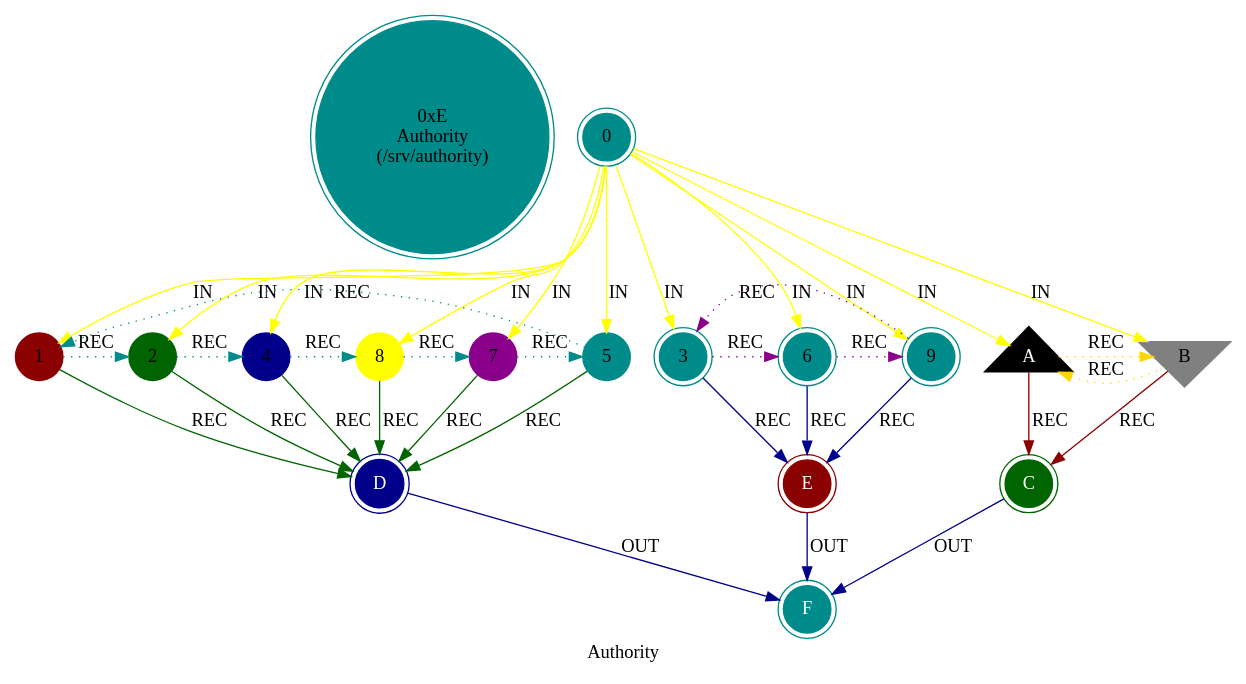
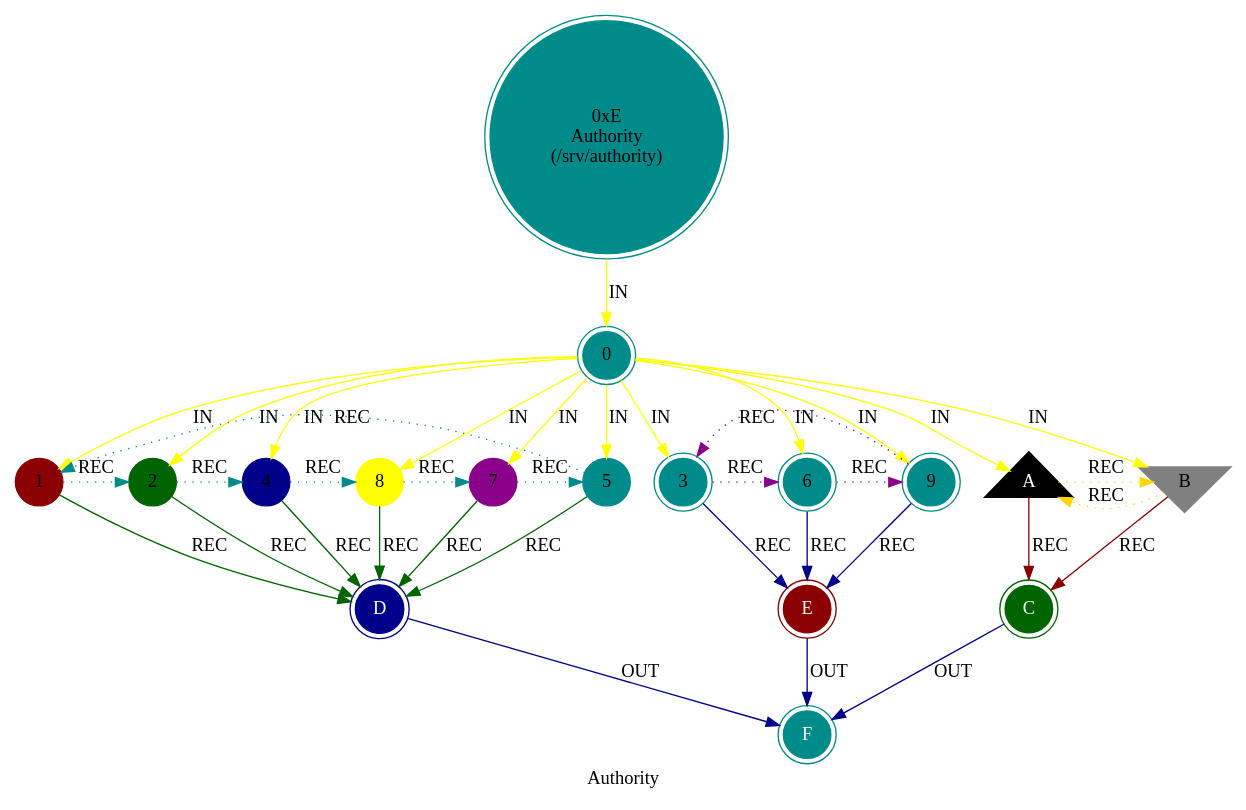
Before and after one commit to cilang/mythos: the diagram in src/core/mythos_srv_authority.dot, drawn with Graphviz. The commit also changed 5 other files, not shown here.

```diff
--- a/src/core/mythos_srv_authority.dot
+++ b/src/core/mythos_srv_authority.dot
@@ -1,44 +1,44 @@
 digraph G {
     label = "Authority";
     style = filled;
     color = red;
     comment = "";
     node [shape = circle; style = filled; color = darkcyan;];
     
     spark_e_mythos_t [label = "0xE\nAuthority\n(/srv/authority)";shape = doublecircle;];
     
     // The Sacred 3-6-9 (Boundary of Perception).
     // "If you knew the magnificence of 3, 6, and 9, you would have a key to the universe." — Tesla.
     // The 1-2-4-8-7-5 Vortex (Boundary of Comprehension).
-    spark_0_t [label = "0";shape = doublecircle;comment = "";];
-    spark_1_t [label = "1";shape = circle;color = darkred;comment = "";];
-    spark_2_t [label = "2";shape = circle;color = darkgreen;comment = "";];
-    spark_4_t [label = "4";shape = circle;color = darkblue;comment = "";];
-    spark_8_t [label = "8";shape = circle;color = yellow;comment = "";];
-    spark_7_t [label = "7";shape = circle;color = darkmagenta;comment = "";];
-    spark_5_t [label = "5";shape = circle;color = darkcyan;comment = "";];
-    spark_3_t [label = "3";shape = doublecircle;comment = "";];
-    spark_6_t [label = "6";shape = doublecircle;comment = "";];
-    spark_9_t [label = "9";shape = doublecircle;comment = "";];
-    spark_a_t [label = "A";shape = triangle;color = black;fontcolor = white;comment = "";];
-    spark_b_t [label = "B";shape = invtriangle;color = grey;comment = "";];
-    spark_c_t [label = "C";shape = doublecircle;color = darkgreen;style = filled;fontcolor = white;];
-    spark_d_t [label = "D";shape = doublecircle;color = darkblue;style = filled;fontcolor = white;];
-    spark_e_t [label = "E";shape = doublecircle;color = darkred;style = filled;fontcolor = white;];
-    spark_f_t [label = "F";shape = doublecircle;color = darkcyan;style = filled;fontcolor = white;];
+    spark_0_authority_t [label = "0";shape = doublecircle;comment = "";];
+    spark_1_authority_t [label = "1";shape = circle;color = darkred;comment = "";];
+    spark_2_authority_t [label = "2";shape = circle;color = darkgreen;comment = "";];
+    spark_4_authority_t [label = "4";shape = circle;color = darkblue;comment = "";];
+    spark_8_authority_t [label = "8";shape = circle;color = yellow;comment = "";];
+    spark_7_authority_t [label = "7";shape = circle;color = darkmagenta;comment = "";];
+    spark_5_authority_t [label = "5";shape = circle;color = darkcyan;comment = "";];
+    spark_3_authority_t [label = "3";shape = doublecircle;comment = "";];
+    spark_6_authority_t [label = "6";shape = doublecircle;comment = "";];
+    spark_9_authority_t [label = "9";shape = doublecircle;comment = "";];
+    spark_a_authority_t [label = "A";shape = triangle;color = black;fontcolor = white;comment = "";];
+    spark_b_authority_t [label = "B";shape = invtriangle;color = grey;comment = "";];
+    spark_c_authority_t [label = "C";shape = doublecircle;color = darkgreen;style = filled;fontcolor = white;];
+    spark_d_authority_t [label = "D";shape = doublecircle;color = darkblue;style = filled;fontcolor = white;];
+    spark_e_authority_t [label = "E";shape = doublecircle;color = darkred;style = filled;fontcolor = white;];
+    spark_f_authority_t [label = "F";shape = doublecircle;color = darkcyan;style = filled;fontcolor = white;];
     
     // IN = Input
     // OUT = Output
     // REC = Recursion
-    spark_0_t -> {spark_a_t spark_b_t spark_1_t spark_2_t spark_3_t spark_4_t spark_5_t spark_6_t spark_7_t spark_8_t spark_9_t} [label = "IN"; color = yellow; comment = "";];
+    spark_e_mythos_t -> spark_0_authority_t -> {spark_a_authority_t spark_b_authority_t spark_1_authority_t spark_2_authority_t spark_3_authority_t spark_4_authority_t spark_5_authority_t spark_6_authority_t spark_7_authority_t spark_8_authority_t spark_9_authority_t} [label = "IN"; color = yellow; comment = "";];
     
-    {spark_a_t spark_b_t} -> spark_c_t [label = "REC"; color = darkred; comment = "";];
-    {spark_1_t spark_2_t spark_4_t spark_8_t spark_7_t spark_5_t} -> spark_d_t [label = "REC"; color = darkgreen; comment = "";];
-    {spark_3_t spark_6_t spark_9_t} -> spark_e_t [label = "REC"; color = darkblue; comment = "";];
+    {spark_a_authority_t spark_b_authority_t} -> spark_c_authority_t [label = "REC"; color = darkred; comment = "";];
+    {spark_1_authority_t spark_2_authority_t spark_4_authority_t spark_8_authority_t spark_7_authority_t spark_5_authority_t} -> spark_d_authority_t [label = "REC"; color = darkgreen; comment = "";];
+    {spark_3_authority_t spark_6_authority_t spark_9_authority_t} -> spark_e_authority_t [label = "REC"; color = darkblue; comment = "";];
     
-    spark_1_t -> spark_2_t -> spark_4_t -> spark_8_t -> spark_7_t -> spark_5_t -> spark_1_t [label = "REC"; color = darkcyan; comment = ""; style = dotted; constraint = false;];
-    spark_3_t -> spark_6_t -> spark_9_t -> spark_3_t [label = "REC"; color = darkmagenta; comment = ""; style = dotted; constraint = false;];
-    spark_a_t -> spark_b_t -> spark_a_t [label = "REC"; color = gold; comment = ""; style = dotted; constraint = false;];
+    spark_1_authority_t -> spark_2_authority_t -> spark_4_authority_t -> spark_8_authority_t -> spark_7_authority_t -> spark_5_authority_t -> spark_1_authority_t [label = "REC"; color = darkcyan; comment = ""; style = dotted; constraint = false;];
+    spark_3_authority_t -> spark_6_authority_t -> spark_9_authority_t -> spark_3_authority_t [label = "REC"; color = darkmagenta; comment = ""; style = dotted; constraint = false;];
+    spark_a_authority_t -> spark_b_authority_t -> spark_a_authority_t [label = "REC"; color = gold; comment = ""; style = dotted; constraint = false;];
     
-    {spark_c_t spark_d_t spark_e_t} -> spark_f_t [label = "OUT"; color = darkblue; comment = "";];
+    {spark_c_authority_t spark_d_authority_t spark_e_authority_t} -> spark_f_authority_t [label = "OUT"; color = darkblue; comment = "";];
 }
```
